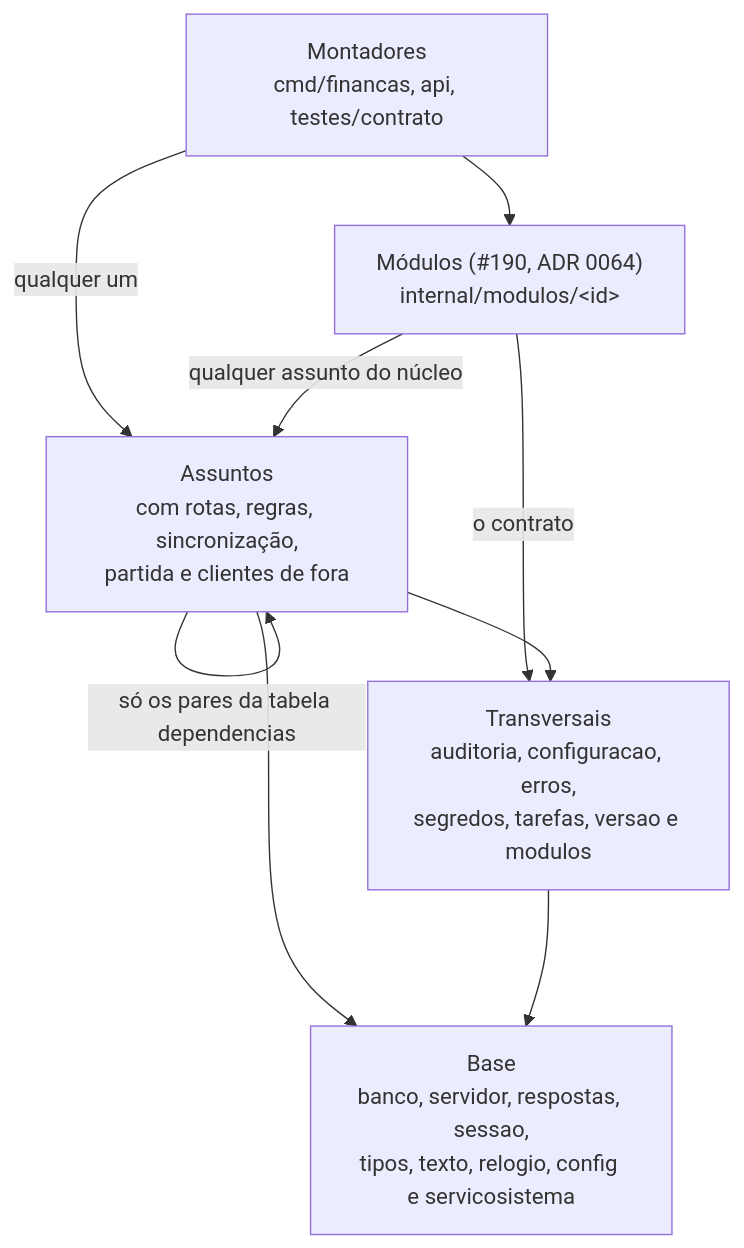
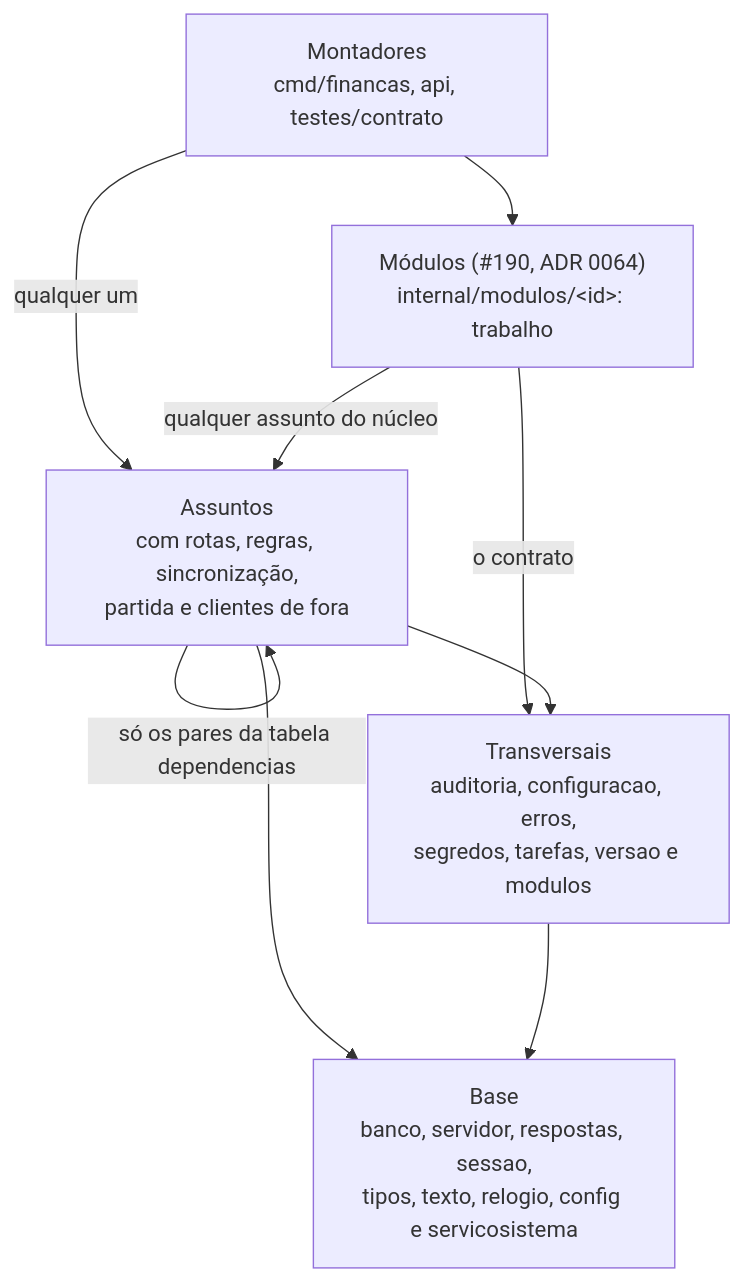
The second of 2 diagrams in docs/arquitetura/componentes.md (LucasDesenvGit/financas-local), drawn with Mermaid before and after one commit. The commit also changed other lines of this file and 43 other files, not shown here.

````diff
--- a/docs/arquitetura/componentes.md
+++ b/docs/arquitetura/componentes.md
@@ -114,17 +115,17 @@
 ```mermaid
 flowchart TB
     montadores["Montadores<br/>cmd/financas, api, testes/contrato"]
-    modulos["Módulos (#190, ADR 0064)<br/>internal/modulos/&lt;id&gt;"]
+    modulos["Módulos (#190, ADR 0064)<br/>internal/modulos/&lt;id&gt;: trabalho"]
     assuntos["Assuntos<br/>com rotas, regras, sincronização,<br/>partida e clientes de fora"]
     transversais["Transversais<br/>auditoria, configuracao, erros,<br/>segredos, tarefas, versao e modulos"]
     base["Base<br/>banco, servidor, respostas, sessao,<br/>tipos, texto, relogio, config e servicosistema"]
 
     montadores -- "qualquer um" --> assuntos
     montadores --> modulos
     modulos -- "qualquer assunto do núcleo" --> assuntos
     modulos -- "o contrato" --> transversais
     assuntos -- "só os pares da tabela dependencias" --> assuntos
     assuntos --> transversais
     assuntos --> base
     transversais --> base
 ```
````
